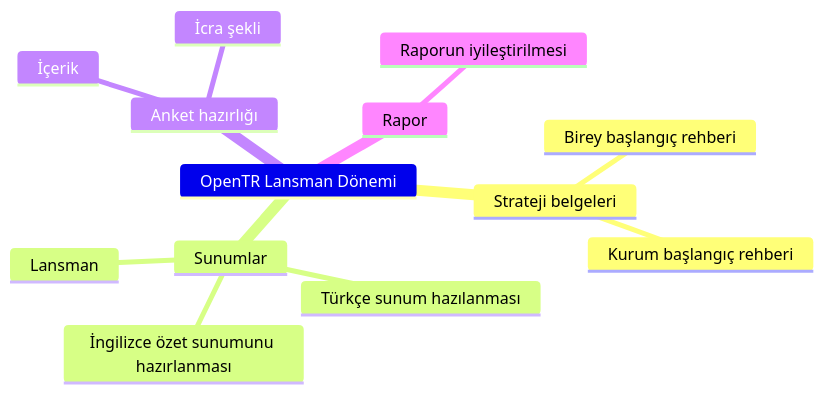
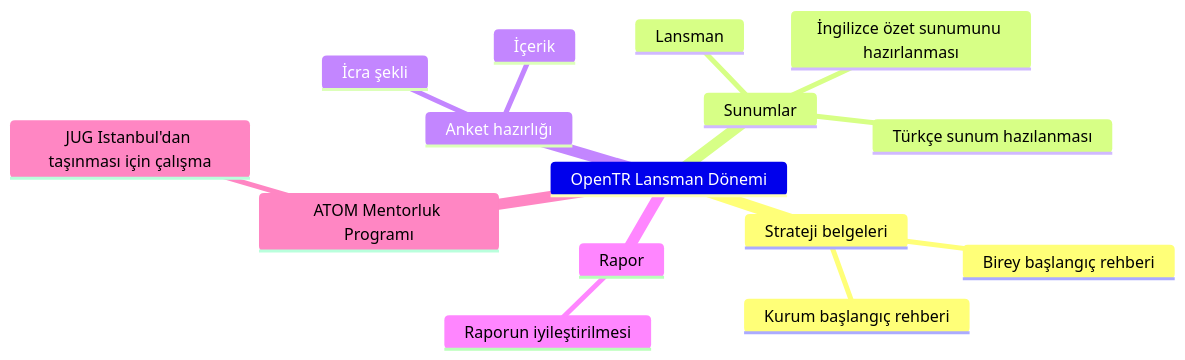
One commit to OpenTRFoundation/OpenTR changed the diagram in content/tr/docs/terms/2024-01/_index.md. Above: the diagram before and after it, drawn with Mermaid. The commit also changed other lines of this file and 56 other files, not shown here.

````diff
--- a/content/tr/docs/terms/2024-01/_index.md
+++ b/content/tr/docs/terms/2024-01/_index.md
@@ -27,32 +28,36 @@
 ```mermaid
 mindmap
 OpenTR Lansman Dönemi
   Strateji belgeleri
   ::icon(fa fa-file-text)
     Birey başlangıç rehberi
     ::icon(fa fa-user)
     Kurum başlangıç rehberi
     ::icon(fa fa-building)
     
   Sunumlar
   ::icon(fa fa-file-powerpoint)
     Türkçe sunum hazılanması
     ::icon(fa fa-flag)
     İngilizce özet sunumunu hazırlanması
     ::icon(fa fa-flag)
     Lansman
     ::icon(fa fa-flag)
     
   Anket hazırlığı
   ::icon(fa fa-question-circle)
     İçerik
     ::icon(fa fa-question-circle)
     İcra şekli
     ::icon(fa fa-question-circle)
     
   Rapor
   ::icon(fa fa-file-alt)
       Raporun iyileştirilmesi
       ::icon(fa fa-file-alt)
-    
+  
+  ATOM Mentorluk Programı
+  ::icon(fa fa-graduation-cap)
+    JUG Istanbul'dan taşınması için çalışma
+    ::icon(fa fa-map-marker)
 ```
````
